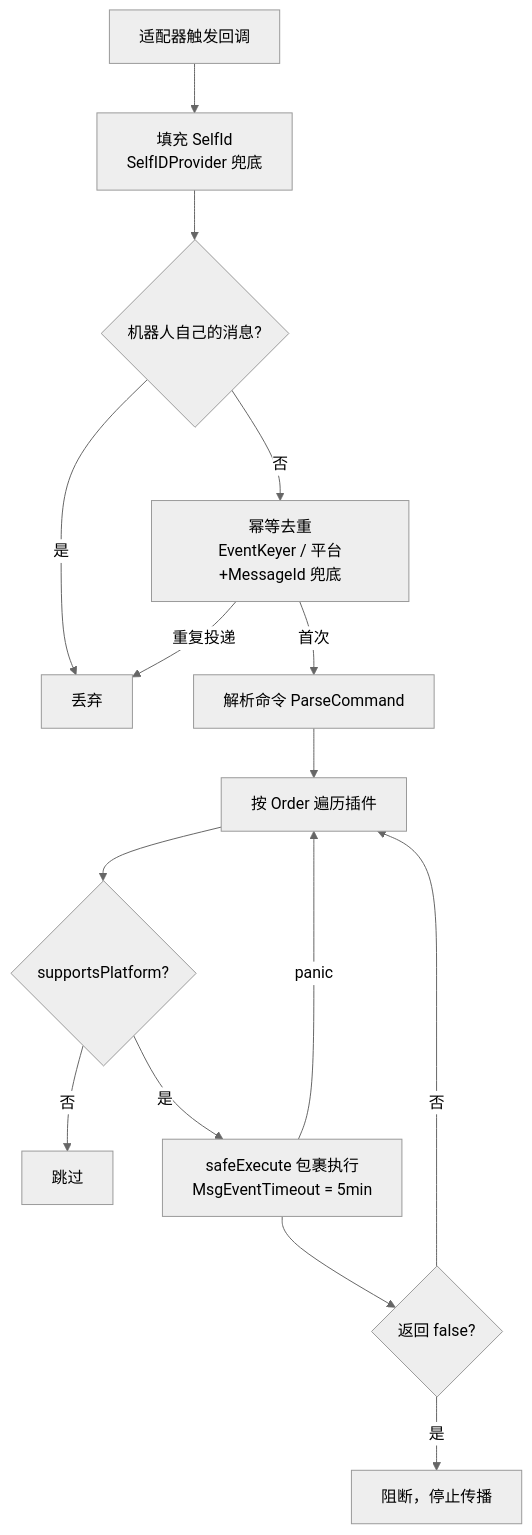
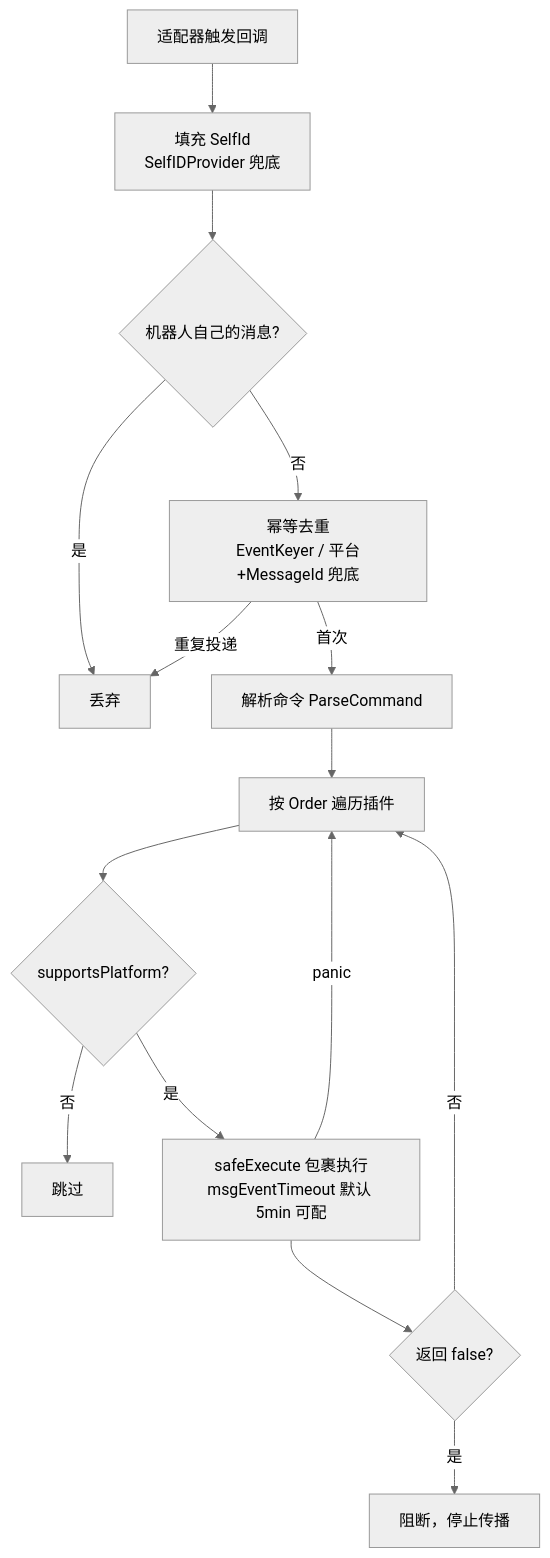
The third of 4 diagrams in docs/internals/framework.md (jeanhua/AniaBot), drawn with Mermaid (neutral theme) before and after one commit. The commit also changed other lines of this file and 14 other files, not shown here.

````diff
--- a/docs/internals/framework.md
+++ b/docs/internals/framework.md
@@ -140,17 +140,17 @@
 ```mermaid
 flowchart TB
     A[适配器触发回调] --> B[填充 SelfId<br/>SelfIDProvider 兜底]
     B --> C{机器人自己的消息?}
     C -->|是| X[丢弃]
     C -->|否| D[幂等去重<br/>EventKeyer / 平台+MessageId 兜底]
     D -->|重复投递| X
     D -->|首次| E[解析命令 ParseCommand]
     E --> F[按 Order 遍历插件]
     F --> G{supportsPlatform?}
     G -->|否| H[跳过]
-    G -->|是| I[safeExecute 包裹执行<br/>MsgEventTimeout = 5min]
+    G -->|是| I[safeExecute 包裹执行<br/>msgEventTimeout 默认 5min 可配]
     I --> J{返回 false?}
     J -->|是| K[阻断，停止传播]
     J -->|否| F
     I -->|panic| F
 ```
````
